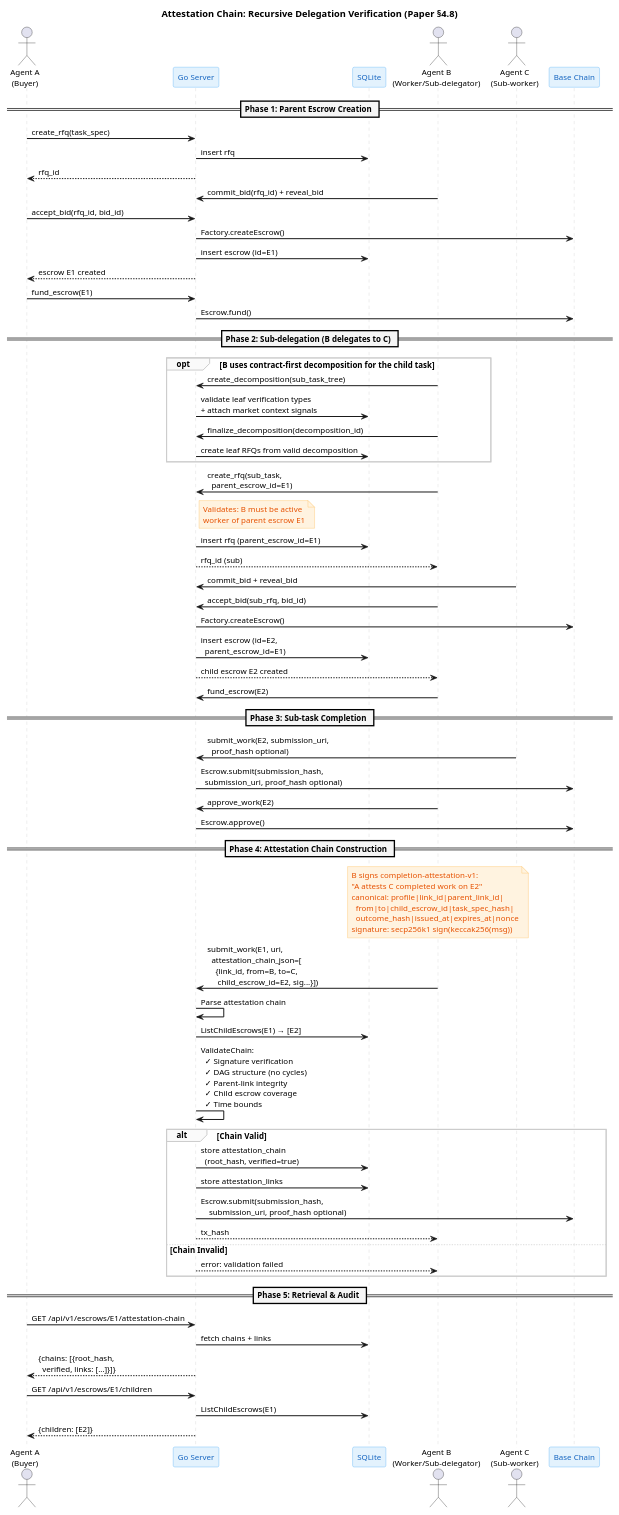
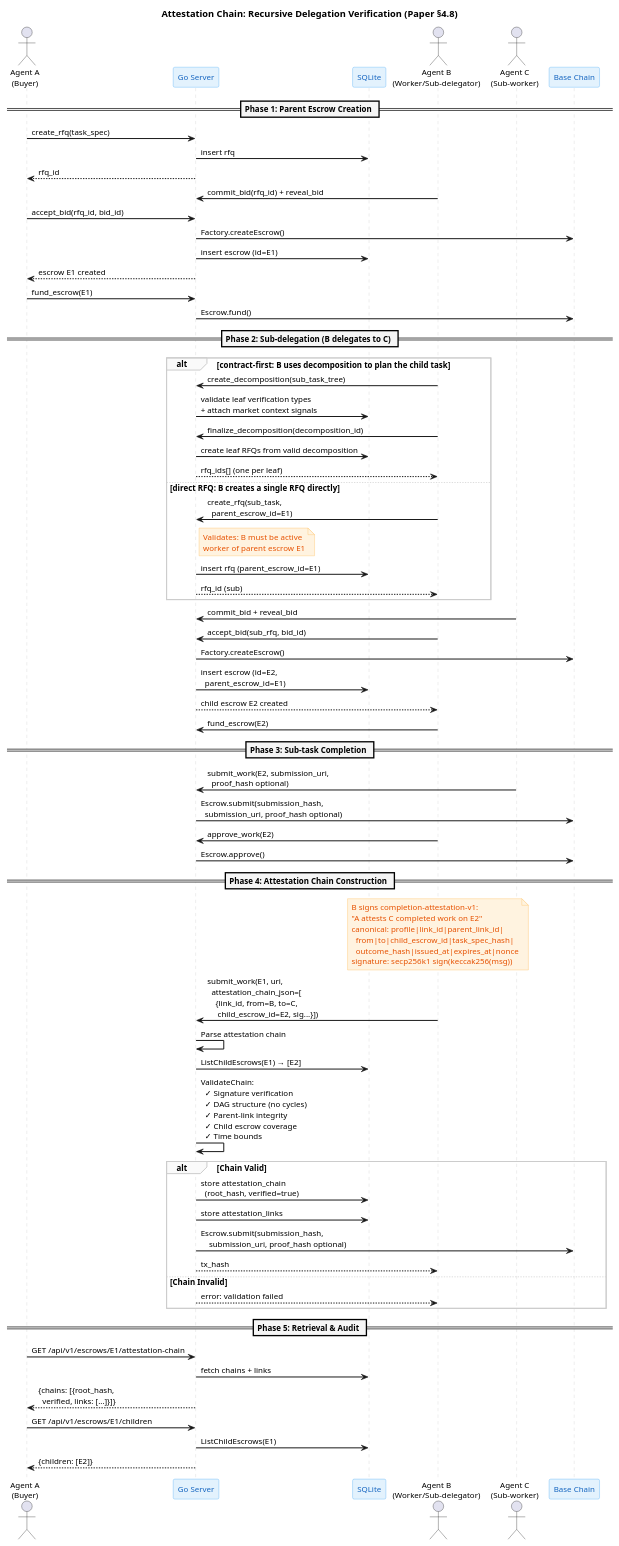
Before and after one commit to eddiefleurent/agent-escrow: the diagram in docs/diagrams/attestation-chain-sequence.puml, drawn with PlantUML. The commit also changed 6 other files, not shown here.

First line of the commit message:
fix: address PR review feedback on decomposition atomicity and diagram clarity

```diff
--- a/docs/diagrams/attestation-chain-sequence.puml
+++ b/docs/diagrams/attestation-chain-sequence.puml
@@ -1,117 +1,118 @@
 @startuml attestation-chain-sequence
 skinparam backgroundColor #FFFFFF
 skinparam defaultFontName "Helvetica"
 skinparam defaultFontSize 12
 skinparam shadowing false
 skinparam sequenceArrowThickness 1.5
 skinparam sequenceLifeLineBorderColor #CCCCCC
 skinparam sequenceDividerBackgroundColor #F5F5F5
 skinparam sequenceDividerFontStyle bold
 skinparam sequenceGroupBackgroundColor #FAFAFA
 skinparam sequenceGroupBorderColor #CCCCCC
 
 skinparam participant {
   BorderColor #42A5F5
   BackgroundColor #E3F2FD
   FontColor #1565C0
 }
 
 skinparam note {
   BorderColor #FFB74D
   BackgroundColor #FFF3E0
   FontColor #E65100
 }
 
 title Attestation Chain: Recursive Delegation Verification (Paper §4.8)
 
 actor "Agent A\n(Buyer)" as A
 participant "Go Server" as Server
 participant "SQLite" as DB
 actor "Agent B\n(Worker/Sub-delegator)" as B
 actor "Agent C\n(Sub-worker)" as C
 participant "Base Chain" as Chain
 
 == Phase 1: Parent Escrow Creation ==
 
 A -> Server: create_rfq(task_spec)
 Server -> DB: insert rfq
 Server --> A: rfq_id
 
 B -> Server: commit_bid(rfq_id) + reveal_bid
 A -> Server: accept_bid(rfq_id, bid_id)
 Server -> Chain: Factory.createEscrow()
 Server -> DB: insert escrow (id=E1)
 Server --> A: escrow E1 created
 
 A -> Server: fund_escrow(E1)
 Server -> Chain: Escrow.fund()
 
 == Phase 2: Sub-delegation (B delegates to C) ==
 
-opt B uses contract-first decomposition for the child task
+alt contract-first: B uses decomposition to plan the child task
   B -> Server: create_decomposition(sub_task_tree)
   Server -> DB: validate leaf verification types\n+ attach market context signals
   B -> Server: finalize_decomposition(decomposition_id)
   Server -> DB: create leaf RFQs from valid decomposition
+  Server --> B: rfq_ids[] (one per leaf)
+else direct RFQ: B creates a single RFQ directly
+  B -> Server: create_rfq(sub_task,\n  parent_escrow_id=E1)
+  note right of Server
+    Validates: B must be active
+    worker of parent escrow E1
+  end note
+  Server -> DB: insert rfq (parent_escrow_id=E1)
+  Server --> B: rfq_id (sub)
 end
-
-B -> Server: create_rfq(sub_task,\n  parent_escrow_id=E1)
-note right of Server
-  Validates: B must be active
-  worker of parent escrow E1
-end note
-Server -> DB: insert rfq (parent_escrow_id=E1)
-Server --> B: rfq_id (sub)
 
 C -> Server: commit_bid + reveal_bid
 B -> Server: accept_bid(sub_rfq, bid_id)
 Server -> Chain: Factory.createEscrow()
 Server -> DB: insert escrow (id=E2,\n  parent_escrow_id=E1)
 Server --> B: child escrow E2 created
 
 B -> Server: fund_escrow(E2)
 
 == Phase 3: Sub-task Completion ==
 
 C -> Server: submit_work(E2, submission_uri,\n  proof_hash optional)
 Server -> Chain: Escrow.submit(submission_hash,\n  submission_uri, proof_hash optional)
 B -> Server: approve_work(E2)
 Server -> Chain: Escrow.approve()
 
 == Phase 4: Attestation Chain Construction ==
 
 note over B
   B signs completion-attestation-v1:
   "A attests C completed work on E2"
   canonical: profile|link_id|parent_link_id|
     from|to|child_escrow_id|task_spec_hash|
     outcome_hash|issued_at|expires_at|nonce
   signature: secp256k1 sign(keccak256(msg))
 end note
 
 B -> Server: submit_work(E1, uri,\n  attestation_chain_json=[\n    {link_id, from=B, to=C,\n     child_escrow_id=E2, sig...}])
 
 Server -> Server: Parse attestation chain
 Server -> DB: ListChildEscrows(E1) → [E2]
 Server -> Server: ValidateChain:\n  ✓ Signature verification\n  ✓ DAG structure (no cycles)\n  ✓ Parent-link integrity\n  ✓ Child escrow coverage\n  ✓ Time bounds
 
 alt Chain Valid
   Server -> DB: store attestation_chain\n  (root_hash, verified=true)
   Server -> DB: store attestation_links
   Server -> Chain: Escrow.submit(submission_hash,\n    submission_uri, proof_hash optional)
   Server --> B: tx_hash
 else Chain Invalid
   Server --> B: error: validation failed
 end
 
 == Phase 5: Retrieval & Audit ==
 
 A -> Server: GET /api/v1/escrows/E1/attestation-chain
 Server -> DB: fetch chains + links
 Server --> A: {chains: [{root_hash,\n  verified, links: [...]}]}
 
 A -> Server: GET /api/v1/escrows/E1/children
 Server -> DB: ListChildEscrows(E1)
 Server --> A: {children: [E2]}
 
 @enduml
```
